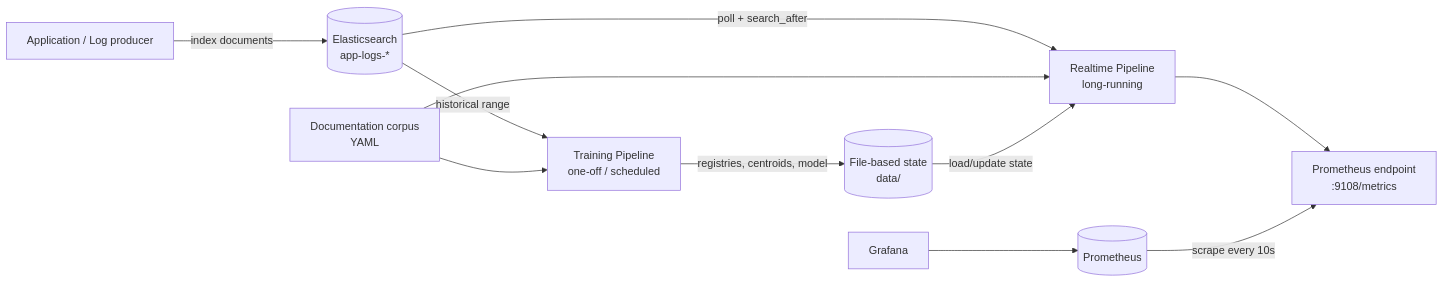
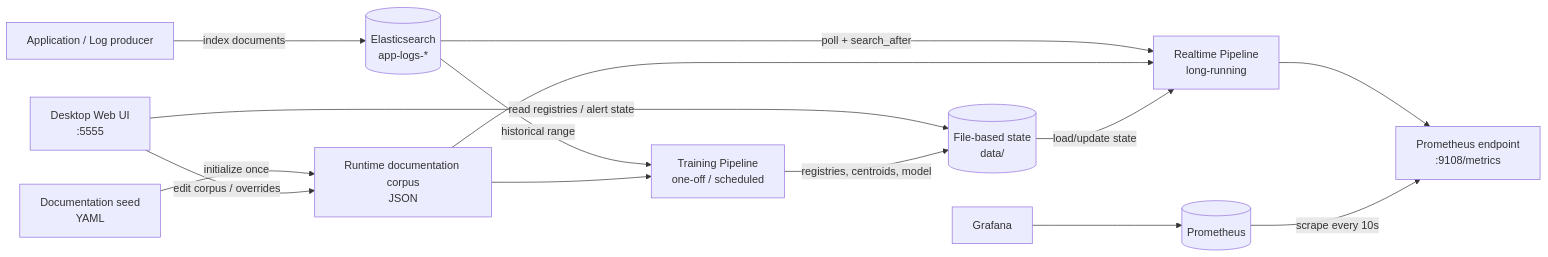
The first of 4 diagrams in ARCHITECTURE.md (Cong123z/LogAi), drawn with Mermaid before and after one commit. The commit also changed other lines of this file and 24 other files, not shown here.

````diff
--- a/ARCHITECTURE.md
+++ b/ARCHITECTURE.md
@@ -32,23 +32,28 @@
 ```mermaid
 flowchart LR
     APP[Application / Log producer]
     ES[(Elasticsearch<br/>app-logs-*)]
     TRAIN[Training Pipeline<br/>one-off / scheduled]
     RT[Realtime Pipeline<br/>long-running]
     DATA[(File-based state<br/>data/)]
+    WEB[Desktop Web UI<br/>:5555]
     METRICS[Prometheus endpoint<br/>:9108/metrics]
     PROM[(Prometheus)]
     GRAF[Grafana]
-    DOCS[Documentation corpus<br/>YAML]
+    SEED[Documentation seed<br/>YAML]
+    DOCS[Runtime documentation corpus<br/>JSON]
 
     APP -->|index documents| ES
     ES -->|historical range| TRAIN
     ES -->|poll + search_after| RT
+    SEED -->|initialize once| DOCS
+    WEB -->|edit corpus / overrides| DOCS
+    WEB -->|read registries / alert state| DATA
     DOCS --> TRAIN
     DOCS --> RT
     TRAIN -->|registries, centroids, model| DATA
     DATA -->|load/update state| RT
     RT --> METRICS
     PROM -->|scrape every 10s| METRICS
     GRAF --> PROM
 ```
````
